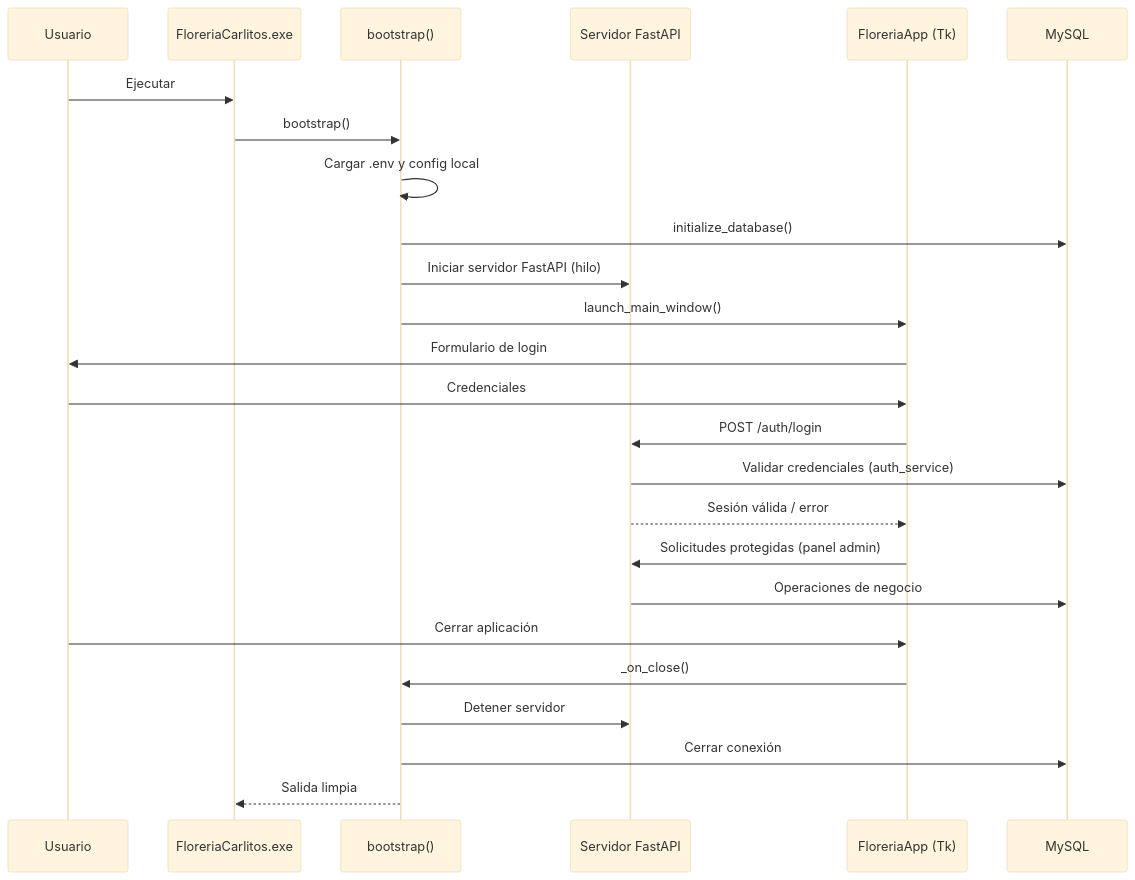
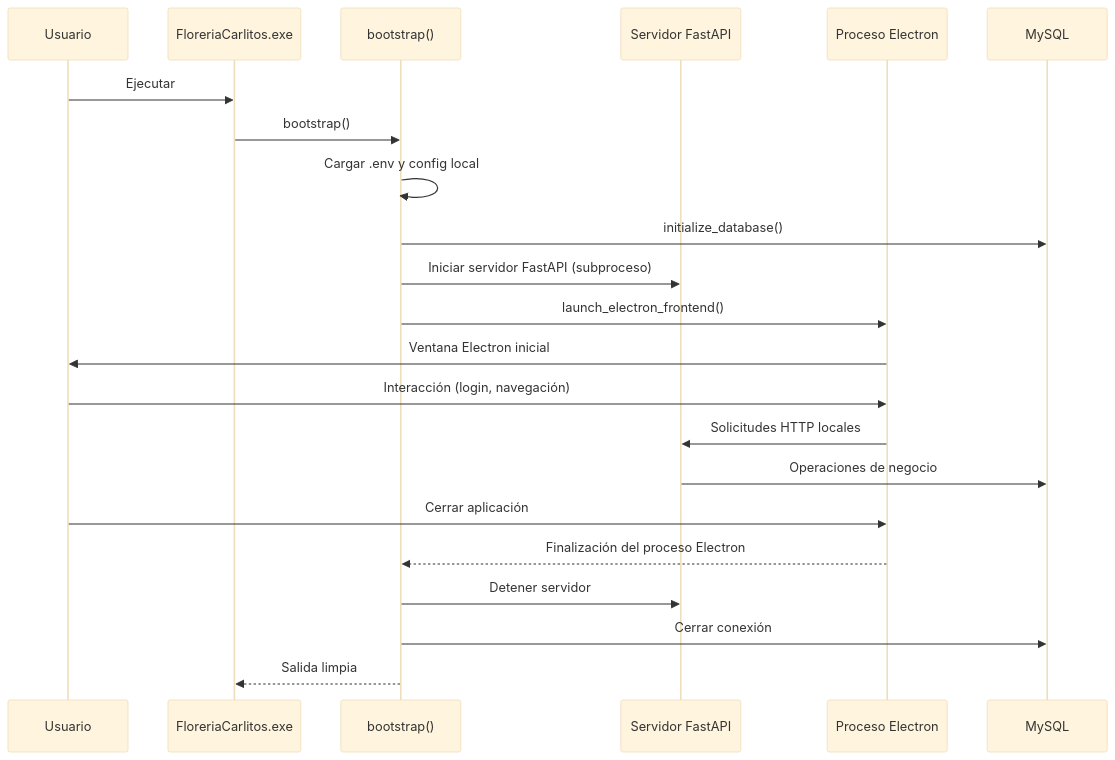
The diagram in docs/desktop_architecture.md (NikolasBerntsen/Sistema_FloreriaV2.0), drawn with Mermaid (base theme) before and after one commit. The commit also changed other lines of this file and 13 other files, not shown here.

````diff
--- a/docs/desktop_architecture.md
+++ b/docs/desktop_architecture.md
@@ -22,28 +24,25 @@
 ```mermaid
 sequenceDiagram
     participant User as Usuario
     participant EXE as FloreriaCarlitos.exe
     participant Boot as bootstrap()
     participant API as Servidor FastAPI
-    participant UI as FloreriaApp (Tk)
+    participant UI as Proceso Electron
     participant DB as MySQL
 
     User->>EXE: Ejecutar
     EXE->>Boot: bootstrap()
     Boot->>Boot: Cargar .env y config local
     Boot->>DB: initialize_database()
-    Boot->>API: Iniciar servidor FastAPI (hilo)
-    Boot->>UI: launch_main_window()
-    UI->>User: Formulario de login
-    User->>UI: Credenciales
-    UI->>API: POST /auth/login
-    API->>DB: Validar credenciales (auth_service)
-    API-->>UI: Sesión válida / error
-    UI->>API: Solicitudes protegidas (panel admin)
+    Boot->>API: Iniciar servidor FastAPI (subproceso)
+    Boot->>UI: launch_electron_frontend()
+    UI->>User: Ventana Electron inicial
+    User->>UI: Interacción (login, navegación)
+    UI->>API: Solicitudes HTTP locales
     API->>DB: Operaciones de negocio
     User->>UI: Cerrar aplicación
-    UI->>Boot: _on_close()
+    UI-->>Boot: Finalización del proceso Electron
     Boot->>API: Detener servidor
     Boot->>DB: Cerrar conexión
     Boot-->>EXE: Salida limpia
 ```
````
